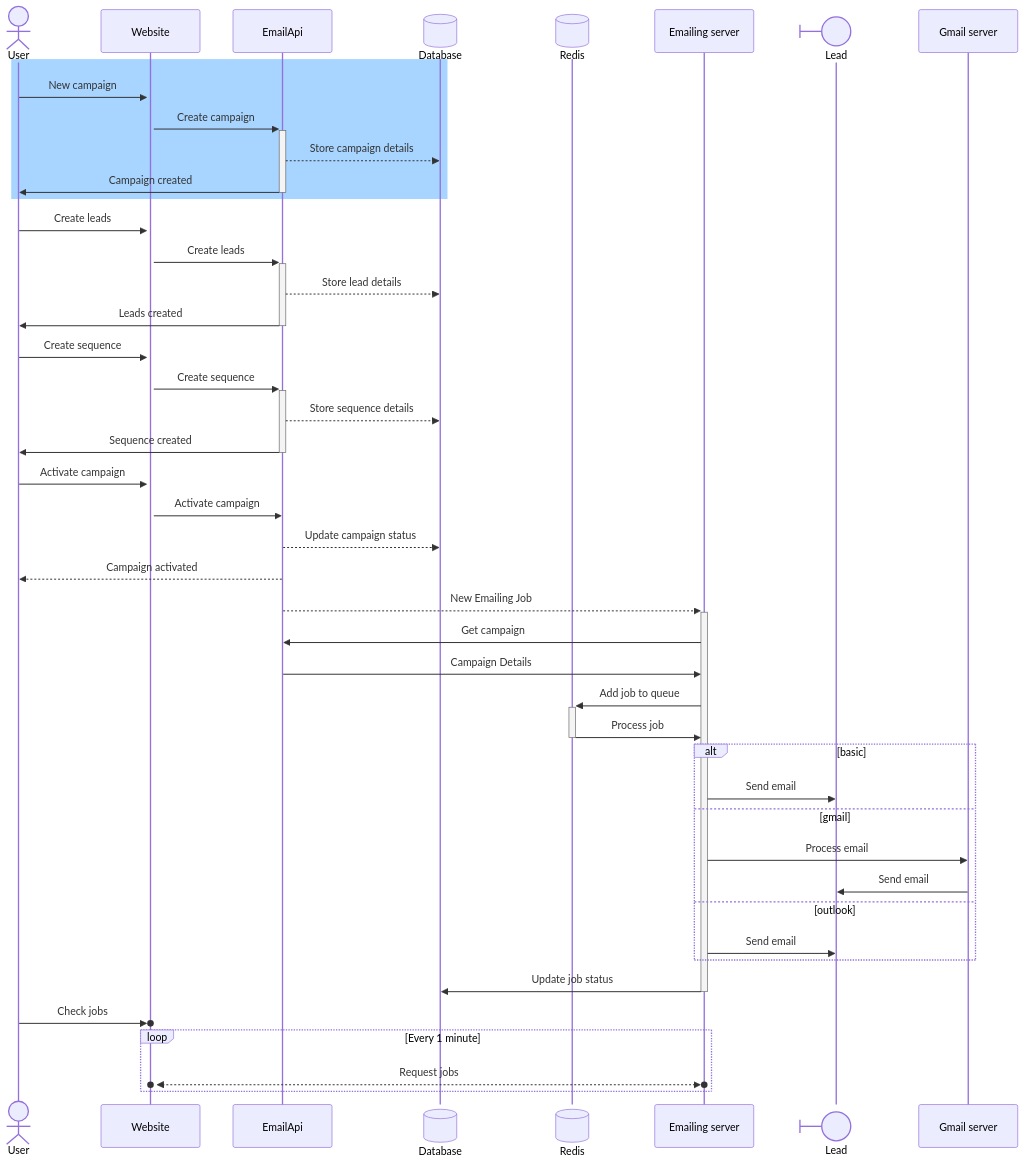
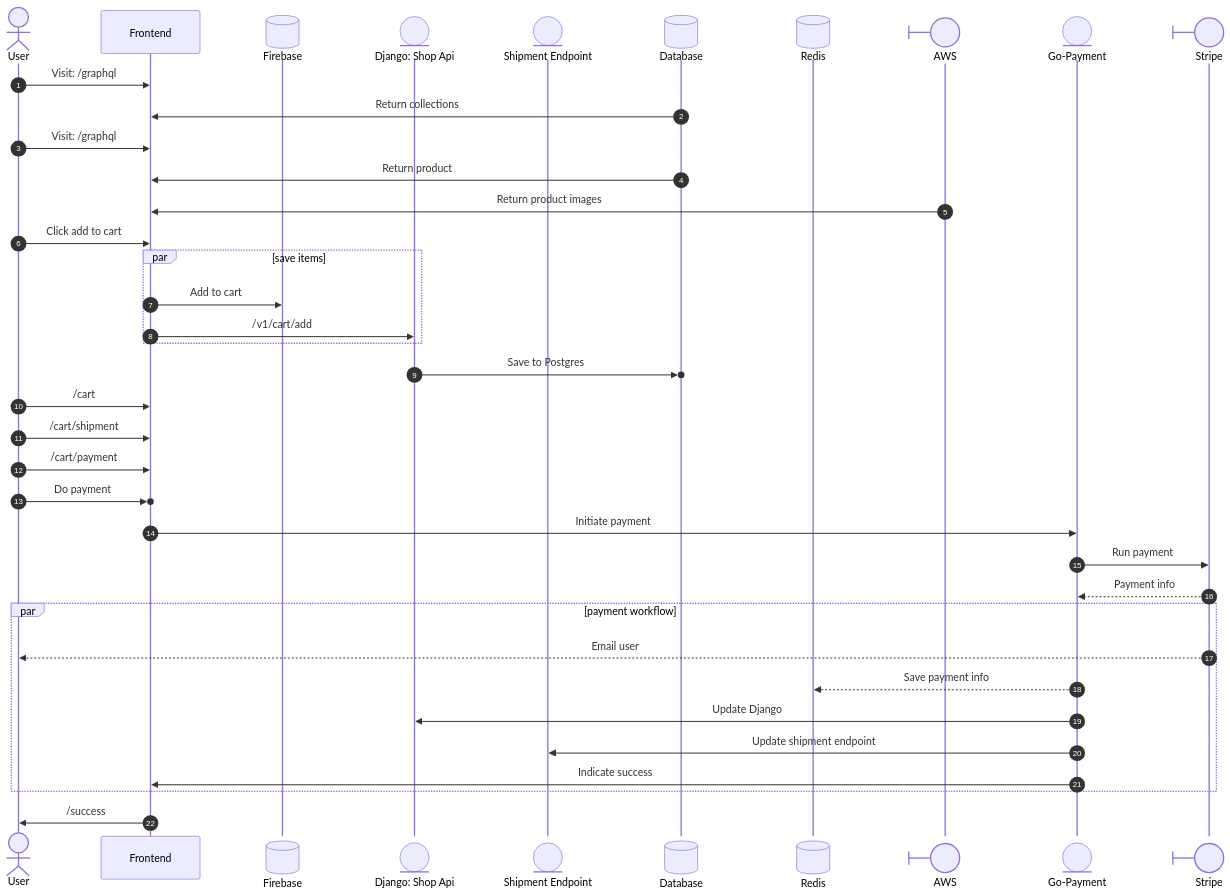
One commit to Zadigo/mycommerce changed the second of 4 diagrams in docs/ARCHITECTURE.md. Above: the diagram before and after it, drawn with Mermaid. The commit also changed other lines of this file, not shown here.

````diff
--- a/docs/ARCHITECTURE.md
+++ b/docs/ARCHITECTURE.md
@@ -74,52 +81,45 @@
 ```mermaid
 sequenceDiagram
-    actor User
-    participant Website
-    participant EmailApi
-    participant Database@{type: "database"}
-    participant Redis@{type: "database"}
-    participant Emailing server
-    participant Lead@{type: "boundary"}
 
-    rect rgb(167 213 255)
-    User->>+Website: New campaign
+autonumber
 
-    Website->>+EmailApi: Create campaign
-    EmailApi-->>Database: Store campaign details
-    EmailApi->>-User: Campaign created
-    end
+actor U as User
+participant W as Frontend
+participant F@{type: "database"} as Firebase
+participant DJ@{type: "entity"} as Django: Shop Api
+participant SH@{type: "entity"} as Shipment Endpoint
+participant D@{type: "database"} as Database
+participant R@{type: "database"} as Redis
+participant A@{type: "boundary"} as AWS
+participant G@{type: "entity"} as Go-Payment
+participant S@{type: "boundary"} as Stripe
 
-    User->>Website: Create leads
-    Website->>+EmailApi: Create leads
-    EmailApi-->>Database: Store lead details
-    EmailApi->>-User: Leads created
+U ->> W: Visit: /graphql
+D ->> W: Return collections
+U ->> W: Visit: /graphql
+D ->> W: Return product
+A ->> W: Return product images
+U ->> W: Click add to cart
+par save items
+W ->> F: Add to cart
+W ->> DJ: /v1/cart/add
+end
+DJ ->> ()D: Save to Postgres
+U ->> W: /cart
+U ->> W: /cart/shipment
+U ->> W: /cart/payment
+U ->> ()W: Do payment
+W ->> G: Initiate payment
+G ->> S: Run payment
+S -->> G: Payment info
 
-    User->>Website: Create sequence
-    Website->>+EmailApi: Create sequence
-    EmailApi-->>Database: Store sequence details
-    EmailApi->>-User: Sequence created
+par payment workflow
+S -->> U: Email user
+G -->> R: Save payment info
+G ->> DJ: Update Django
+G ->> SH: Update shipment endpoint
+G ->> W: Indicate success
+end
 
-    User->>Website: Activate campaign
-    Website->>EmailApi: Activate campaign
-    EmailApi-->>Database: Update campaign status
-    EmailApi-->>User: Campaign activated
-    EmailApi-->>+Emailing server: New Emailing Job
-    Emailing server->>EmailApi: Get campaign
-    EmailApi->>Emailing server: Campaign Details
-    Emailing server->>+Redis: Add job to queue
-    Redis->>-Emailing server: Process job
-    alt basic
-    	Emailing server->>Lead: Send email
-    else gmail
-   	Emailing server->>Gmail server: Process email
-	Gmail server->>Lead: Send email
-    else outlook
-	Emailing server->>Lead: Send email
-    end
-    Emailing server->>-Database: Update job status
-
-    User->>()Website: Check jobs
-    loop Every 1 minute
-    Website()<<-->>()Emailing server: Request jobs
-    end
+W ->> U: /success
 ```
````
